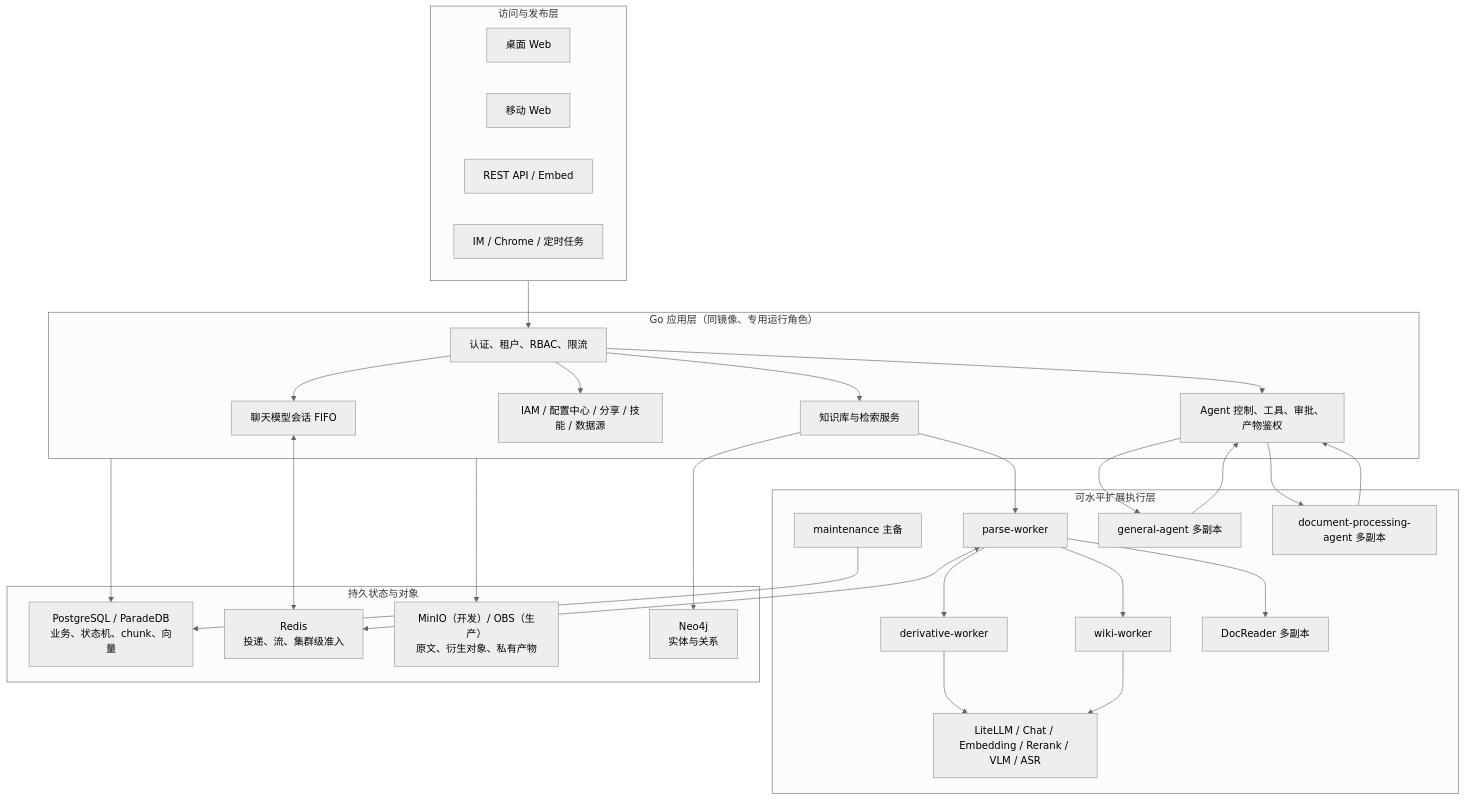
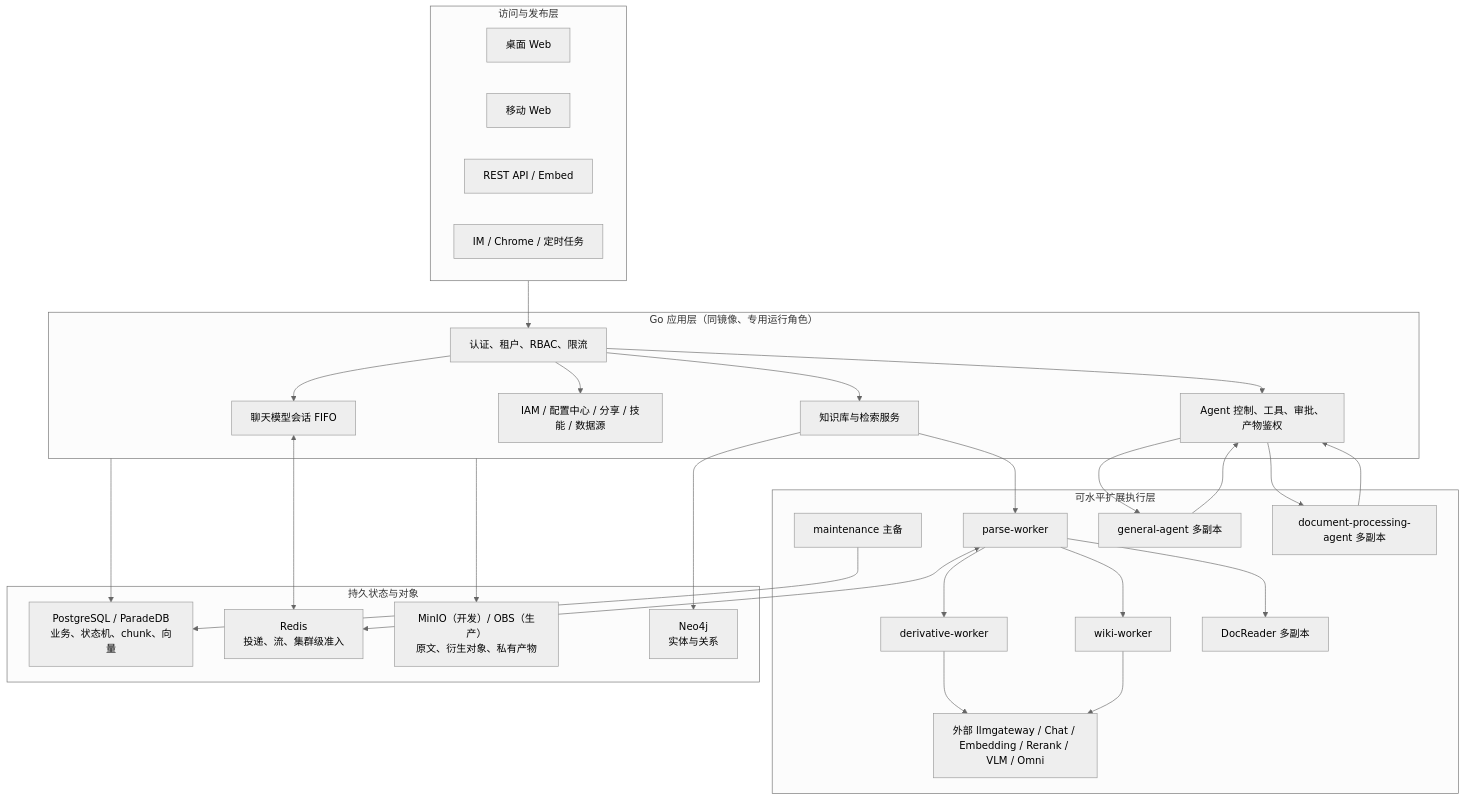
The first of 3 diagrams in docs/custom/当前实现架构与文档索引.md (Meaninles/wekno), drawn with Mermaid (neutral theme) before and after one commit. The commit also changed other lines of this file and 26 other files, not shown here.

````diff
--- a/docs/custom/当前实现架构与文档索引.md
+++ b/docs/custom/当前实现架构与文档索引.md
@@ -43,57 +46,57 @@
 ```mermaid
 flowchart TB
     subgraph Entry["访问与发布层"]
         Web["桌面 Web"]
         Mobile["移动 Web"]
         API["REST API / Embed"]
         IM["IM / Chrome / 定时任务"]
     end
 
     subgraph App["Go 应用层（同镜像、专用运行角色）"]
         Gateway["认证、租户、RBAC、限流"]
         Knowledge["知识库与检索服务"]
         ChatQueue["聊天模型会话 FIFO"]
         AgentControl["Agent 控制、工具、审批、产物鉴权"]
         Enterprise["IAM / 配置中心 / 分享 / 技能 / 数据源"]
     end
 
     subgraph Workers["可水平扩展执行层"]
         ParseWorker["parse-worker"]
         DerivativeWorker["derivative-worker"]
         WikiWorker["wiki-worker"]
         Maintenance["maintenance 主备"]
         DocReader["DocReader 多副本"]
         GeneralAgent["general-agent 多副本"]
         DocAgent["document-processing-agent 多副本"]
-        Models["LiteLLM / Chat / Embedding / Rerank / VLM / ASR"]
+        Models["外部 llmgateway / Chat / Embedding / Rerank / VLM / Omni"]
     end
 
     subgraph State["持久状态与对象"]
         PG["PostgreSQL / ParadeDB\n业务、状态机、chunk、向量"]
         Redis["Redis\n投递、流、集群级准入"]
         Object["MinIO（开发）/ OBS（生产）\n原文、衍生对象、私有产物"]
         Neo4j["Neo4j\n实体与关系"]
     end
 
     Entry --> Gateway
     Gateway --> Knowledge
     Gateway --> ChatQueue
     Gateway --> AgentControl
     Gateway --> Enterprise
     Knowledge --> ParseWorker
     ParseWorker --> DocReader
     ParseWorker --> DerivativeWorker
     DerivativeWorker --> Models
     ParseWorker --> WikiWorker
     WikiWorker --> Models
     Maintenance --> PG
     AgentControl --> GeneralAgent
     AgentControl --> DocAgent
     GeneralAgent --> AgentControl
     DocAgent --> AgentControl
     App --> PG
     ChatQueue <--> Redis
     ParseWorker <--> Redis
     App --> Object
     Knowledge --> Neo4j
 ```
````
